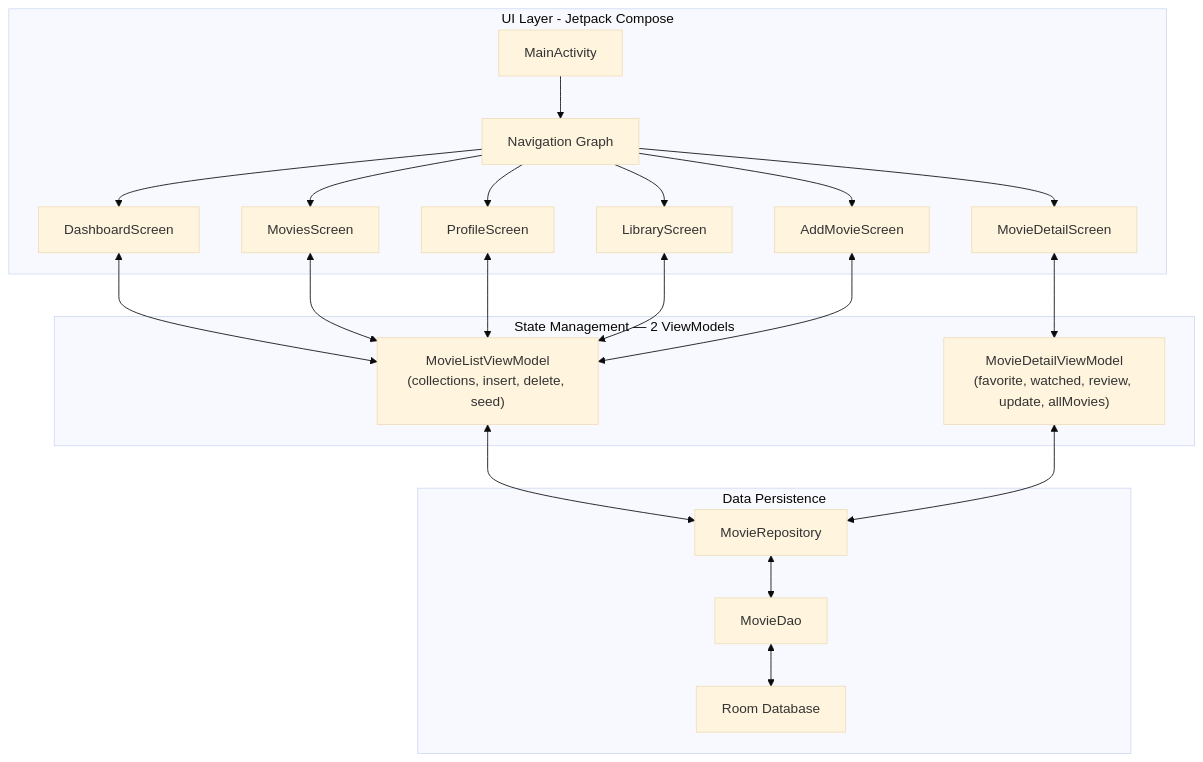
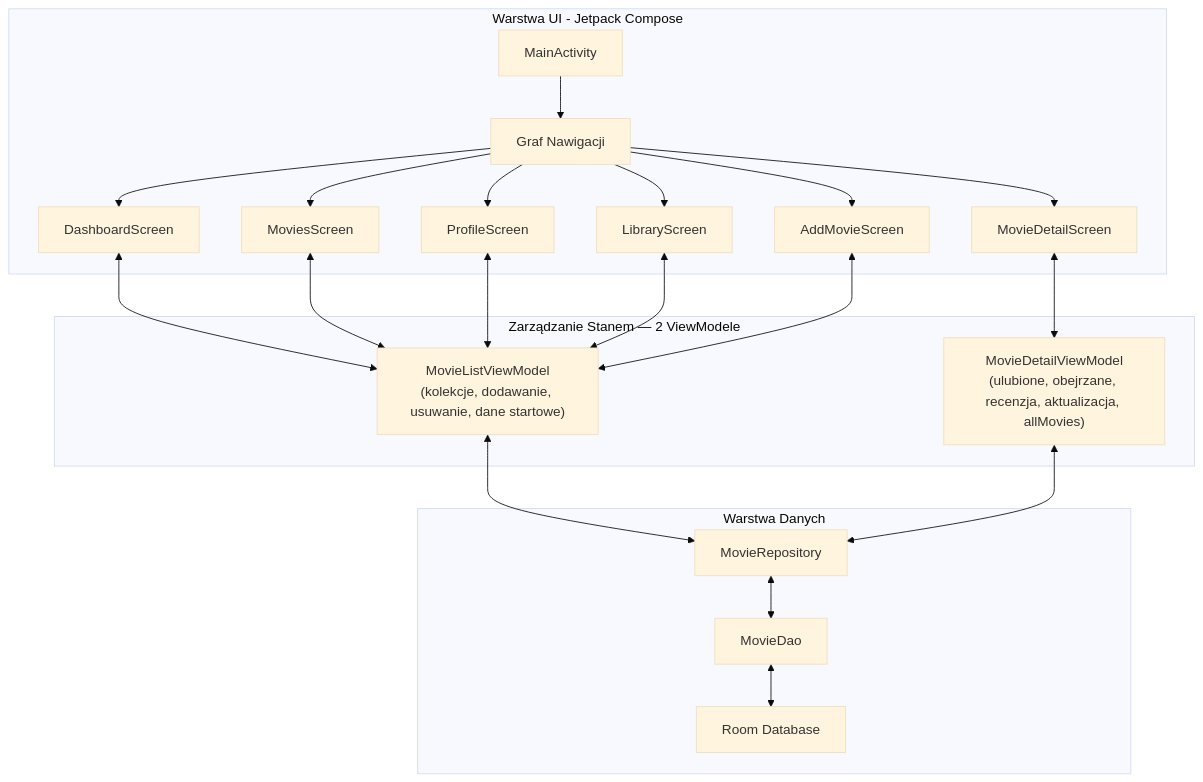
Before and after one commit to patrykspace/Cine-log: the first of 2 diagrams in README.md, drawn with Mermaid (base theme). The commit also changed other lines of this file, not shown here.

````diff
--- a/README.md
+++ b/README.md
@@ -16,29 +16,29 @@
 ```mermaid
 graph TD
-    subgraph UI_Layer [UI Layer - Jetpack Compose]
-        A[MainActivity] --> B[Navigation Graph]
+    subgraph UI_Layer [Warstwa UI - Jetpack Compose]
+        A[MainActivity] --> B[Graf Nawigacji]
         B --> C[DashboardScreen]
         B --> D[MoviesScreen]
         B --> E[ProfileScreen]
         B --> F[MovieDetailScreen]
         B --> G2[LibraryScreen]
         B --> G3[AddMovieScreen]
     end
 
-    subgraph Logic_Layer [State Management — 2 ViewModels]
-        G["MovieListViewModel\n(collections, insert, delete, seed)"]
-        G1["MovieDetailViewModel\n(favorite, watched, review, update, allMovies)"]
+    subgraph Logic_Layer [Zarządzanie Stanem — 2 ViewModele]
+        G["MovieListViewModel\n(kolekcje, dodawanie, usuwanie, dane startowe)"]
+        G1["MovieDetailViewModel\n(ulubione, obejrzane, recenzja, aktualizacja, allMovies)"]
     end
 
-    subgraph Data_Layer [Data Persistence]
+    subgraph Data_Layer [Warstwa Danych]
         H[MovieRepository]
         I[Room Database]
         J[MovieDao]
     end
 
     C & D & E & G2 & G3 <--> G
     F <--> G1
     G & G1 <--> H
     H <--> J
     J <--> I
 ```
````
